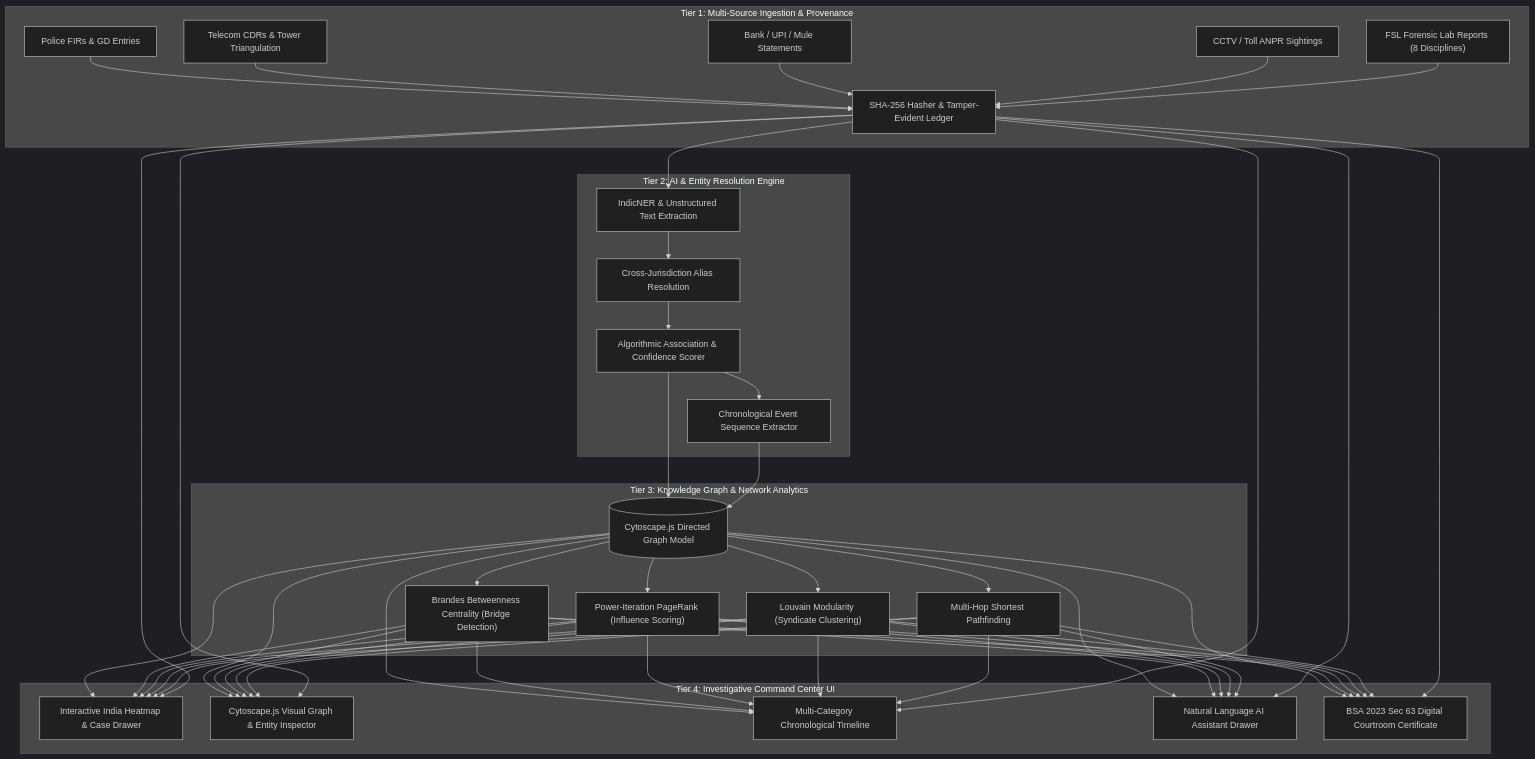
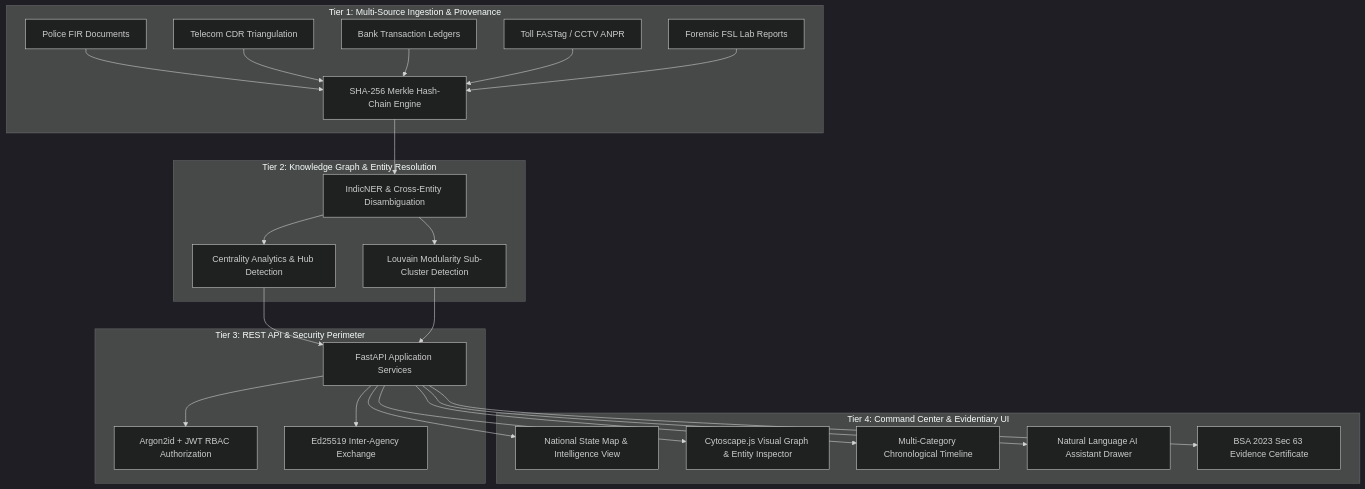
One commit to Yamadakun101/SIH2026 changed the first of 2 diagrams in README.md. Above: the diagram before and after it, drawn with Mermaid (dark theme). The commit also changed other lines of this file, not shown here.

Commit message:
docs: update README with VIDUR branding and BSA 2023 alignment disclaimers

````diff
--- a/README.md
+++ b/README.md
@@ -74,42 +80,38 @@
 ```mermaid
 flowchart TD
-    subgraph S1["Tier 1: Multi-Source Ingestion & Provenance"]
-        A1["Police FIRs & GD Entries"]
-        A2["Telecom CDRs & Tower Triangulation"]
-        A3["Bank / UPI / Mule Statements"]
-        A4["CCTV / Toll ANPR Sightings"]
-        A5["FSL Forensic Lab Reports (8 Disciplines)"]
-        H1["SHA-256 Hasher & Tamper-Evident Ledger"]
+    subgraph Tier1["Tier 1: Multi-Source Ingestion & Provenance"]
+        A1["Police FIR Documents"]
+        A2["Telecom CDR Triangulation"]
+        A3["Bank Transaction Ledgers"]
+        A4["Toll FASTag / CCTV ANPR"]
+        A5["Forensic FSL Lab Reports"]
+        H1["SHA-256 Merkle Hash-Chain Engine"]
     end
 
-    subgraph S2["Tier 2: AI & Entity Resolution Engine"]
-        B1["IndicNER & Unstructured Text Extraction"]
-        B2["Cross-Jurisdiction Alias Resolution"]
-        B3["Algorithmic Association & Confidence Scorer"]
-        B4["Chronological Event Sequence Extractor"]
+    subgraph Tier2["Tier 2: Knowledge Graph & Entity Resolution"]
+        B1["IndicNER & Cross-Entity Disambiguation"]
+        B2["Centrality Analytics & Hub Detection"]
+        B3["Louvain Modularity Sub-Cluster Detection"]
     end
 
-    subgraph S3["Tier 3: Knowledge Graph & Network Analytics"]
-        C1[("Cytoscape.js Directed Graph Model")]
-        C2["Brandes Betweenness Centrality (Bridge Detection)"]
-        C3["Power-Iteration PageRank (Influence Scoring)"]
-        C4["Louvain Modularity (Syndicate Clustering)"]
-        C5["Multi-Hop Shortest Pathfinding"]
+    subgraph Tier3["Tier 3: REST API & Security Perimeter"]
+        C1["FastAPI Application Services"]
+        C2["Argon2id + JWT RBAC Authorization"]
+        C3["Ed25519 Inter-Agency Exchange"]
     end
 
-    subgraph S4["Tier 4: Investigative Command Center UI"]
-        D1["Interactive India Heatmap & Case Drawer"]
+    subgraph Tier4["Tier 4: Command Center & Evidentiary UI"]
+        D1["National State Map & Intelligence View"]
         D2["Cytoscape.js Visual Graph & Entity Inspector"]
         D3["Multi-Category Chronological Timeline"]
         D4["Natural Language AI Assistant Drawer"]
-        D5["BSA 2023 Sec 63 Digital Courtroom Certificate"]
+        D5["BSA 2023 Sec 63 Evidence Certificate"]
     end
 
     A1 & A2 & A3 & A4 & A5 --> H1
     H1 --> B1
-    B1 --> B2 --> B3 --> B4
-    B3 --> C1
-    B4 --> C1
-    C1 --> C2 & C3 & C4 & C5
-    C1 & C2 & C3 & C4 & C5 & H1 --> D1 & D2 & D3 & D4 & D5
+    B1 --> B2 & B3
+    B2 & B3 --> C1
+    C1 --> C2 & C3
+    C1 --> D1 & D2 & D3 & D4 & D5
 ```
````
